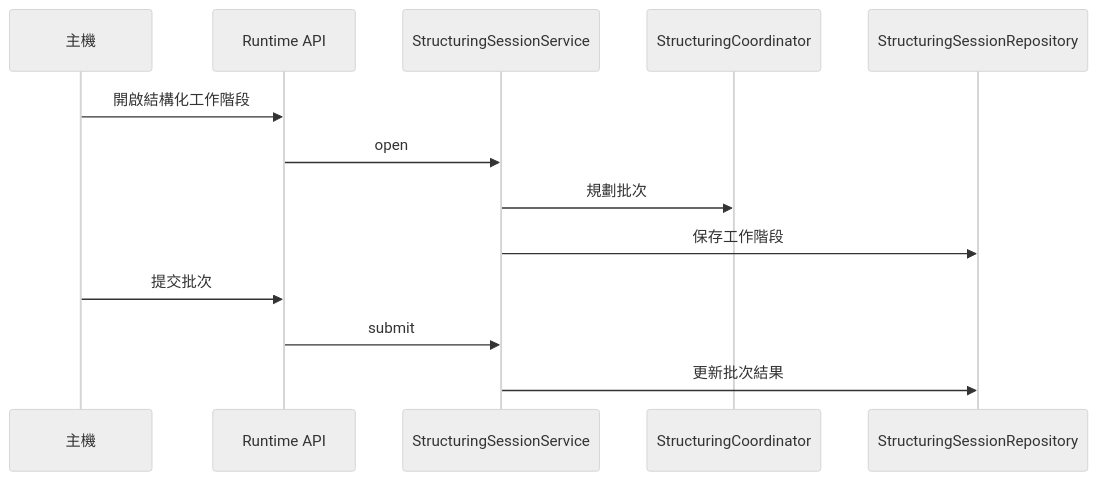
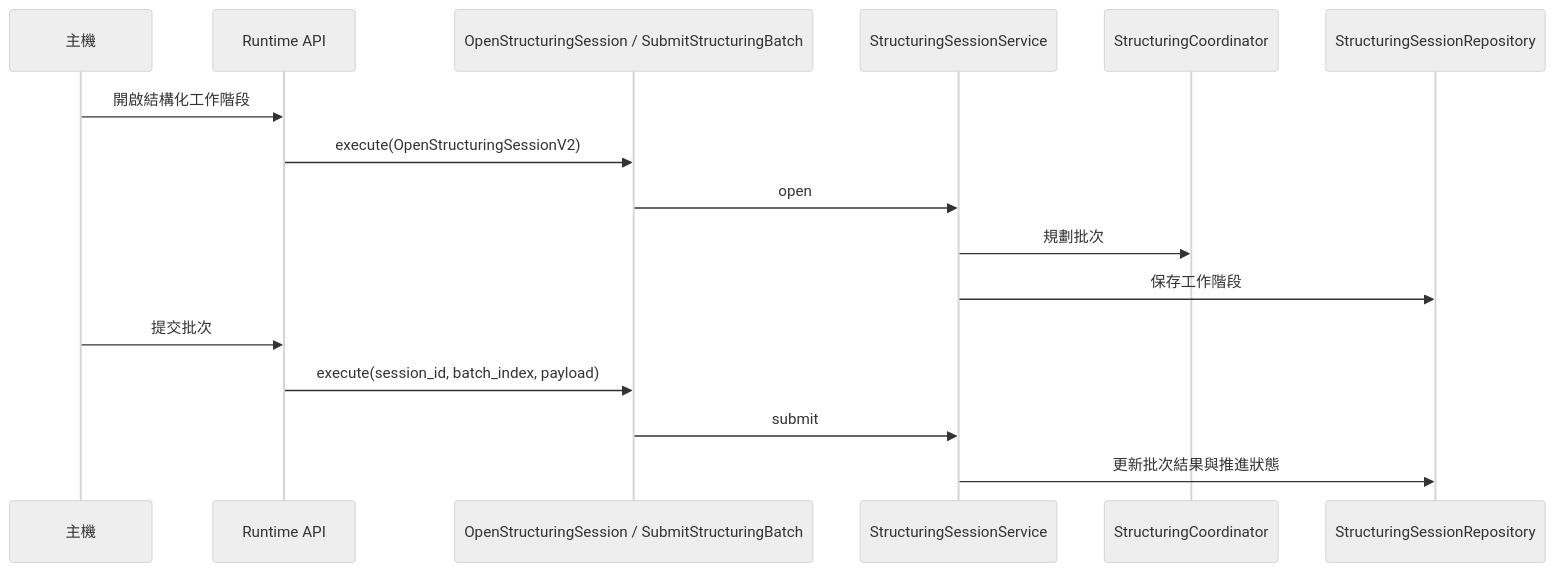
Before and after one commit to gx-capture/capture-workbench: the second of 2 diagrams in docs/domain/structuring.md, drawn with Mermaid (neutral theme). The commit also changed other lines of this file and 13 other files, not shown here.

Commit message:
refactor(runtime): establish structuring domain, use cases, and session aggregate (W6)

````diff
--- a/docs/domain/structuring.md
+++ b/docs/domain/structuring.md
@@ -25,15 +69,18 @@
 ```mermaid
 sequenceDiagram
   participant Host as 主機
   participant API as Runtime API
+  participant UseCase as OpenStructuringSession / SubmitStructuringBatch
   participant Service as StructuringSessionService
   participant Coordinator as StructuringCoordinator
   participant Repo as StructuringSessionRepository
   Host->>API: 開啟結構化工作階段
-  API->>Service: open
+  API->>UseCase: execute(OpenStructuringSessionV2)
+  UseCase->>Service: open
   Service->>Coordinator: 規劃批次
   Service->>Repo: 保存工作階段
   Host->>API: 提交批次
-  API->>Service: submit
-  Service->>Repo: 更新批次結果
+  API->>UseCase: execute(session_id, batch_index, payload)
+  UseCase->>Service: submit
+  Service->>Repo: 更新批次結果與推進狀態
 ```
````
